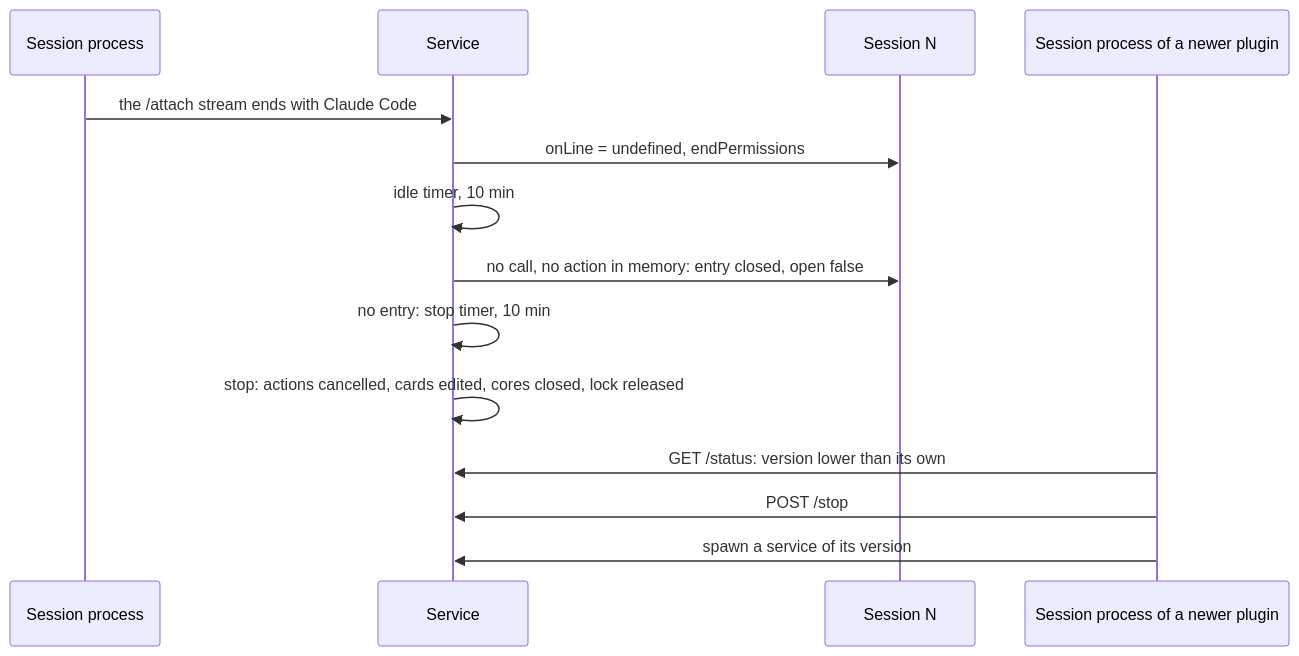
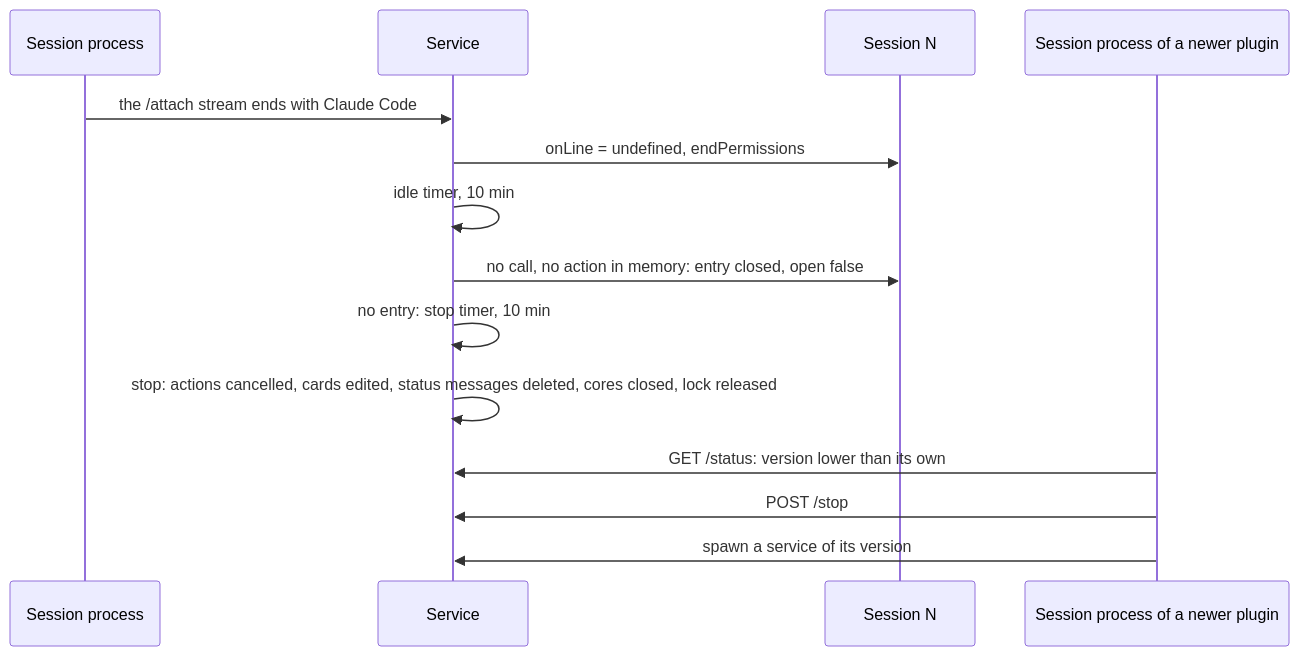
Before and after one commit to simplex-chat/simplex-chat: diagram 26 of 32 in packages/simplex-chat-mcp/spec/flows.md, drawn with Mermaid. The commit also changed other lines of this file and 8 other files, not shown here.

First line of the commit message:
mcp server: delete session status messages at service stop and start

````diff
--- a/packages/simplex-chat-mcp/spec/flows.md
+++ b/packages/simplex-chat-mcp/spec/flows.md
@@ -1198,16 +1199,16 @@
 ```mermaid
 sequenceDiagram
   participant S as Session process
   participant D as Service
   participant N as Session N
   participant S2 as Session process of a newer plugin
   S->>D: the /attach stream ends with Claude Code
   D->>N: onLine = undefined, endPermissions
   D->>D: idle timer, 10 min
   D->>N: no call, no action in memory: entry closed, open false
   D->>D: no entry: stop timer, 10 min
-  D->>D: stop: actions cancelled, cards edited, cores closed, lock released
+  D->>D: stop: actions cancelled, cards edited, status messages deleted, cores closed, lock released
   S2->>D: GET /status: version lower than its own
   S2->>D: POST /stop
   S2->>D: spawn a service of its version
 ```
````
